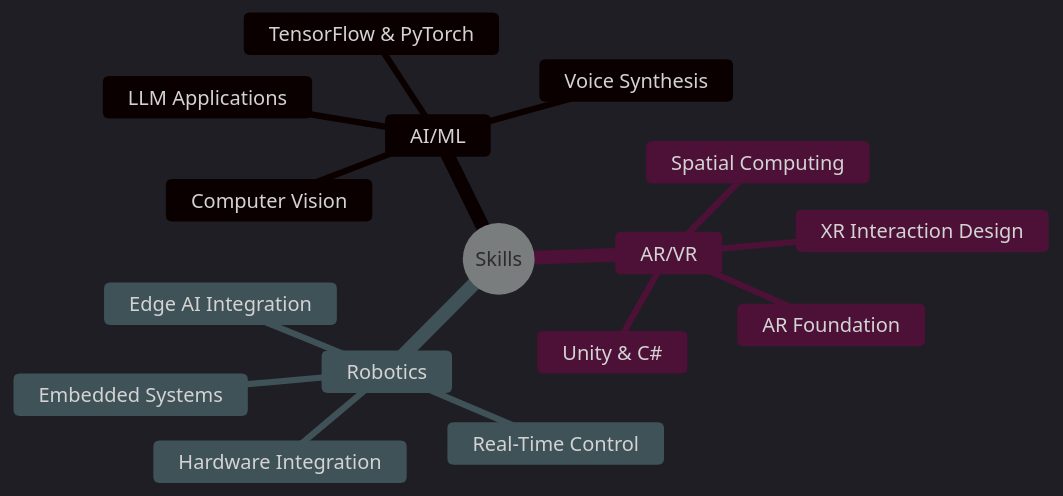
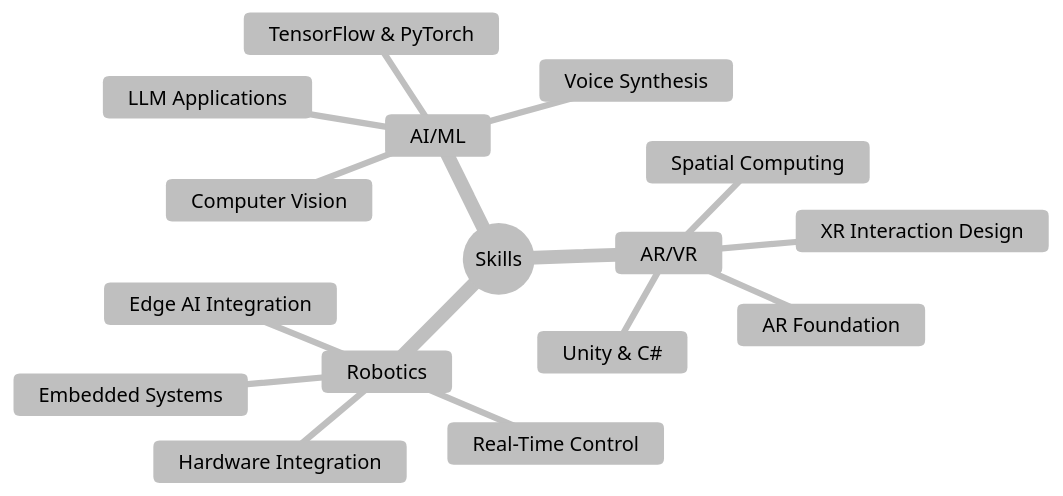
One commit to Mason-Baloun/Mason-Baloun changed the diagram in README.md. Above: the diagram before and after it, drawn with Mermaid.

Commit message:
Update Mermaid theme in skills breakdown
Changed the Mermaid theme from 'dark' to 'base' with updated theme variables.

````diff
--- a/README.md
+++ b/README.md
@@ -113,20 +113,20 @@
 ```mermaid
-%%{init: {'theme':'dark'}}%%
+%%{init: {'theme':'base', 'themeVariables': { 'primaryColor':'#ffffff','primaryTextColor':'#000000','primaryBorderColor':'#64fcd9','lineColor':'#64fcd9','secondaryColor':'#ffffff','tertiaryColor':'#ffffff','mainBkg':'#ffffff','secondaryBkg':'#ffffff','tertiaryBkg':'#ffffff'}}}%%
 mindmap
   root((Skills))
     AI/ML
       LLM Applications
       TensorFlow & PyTorch
       Computer Vision
       Voice Synthesis
     AR/VR
       Spatial Computing
       Unity & C#
       AR Foundation
       XR Interaction Design
     Robotics
       Edge AI Integration
       Real-Time Control
       Hardware Integration
       Embedded Systems
 ```
````
